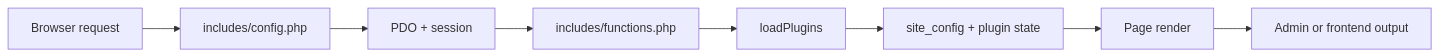
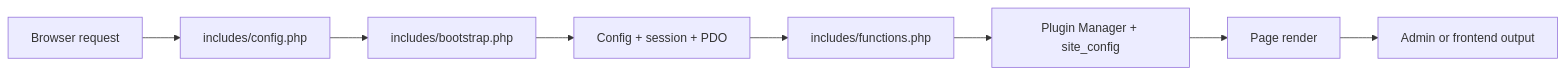
The first of 2 diagrams in docs/getting-started/configuration.md (GuiHui-huimy/LabPress), drawn with Mermaid before and after one commit. The commit also changed other lines of this file and 50 other files, not shown here.

````diff
--- a/docs/getting-started/configuration.md
+++ b/docs/getting-started/configuration.md
@@ -18,10 +19,10 @@
 ```mermaid
 flowchart LR
     A[Browser request] --> B[includes/config.php]
-    B --> C[PDO + session]
-    C --> D[includes/functions.php]
-    D --> E[loadPlugins]
-    E --> F[site_config + plugin state]
+    B --> C[includes/bootstrap.php]
+    C --> D[Config + session + PDO]
+    D --> E[includes/functions.php]
+    E --> F[Plugin Manager + site_config]
     F --> G[Page render]
     G --> H[Admin or frontend output]
 ```
````
